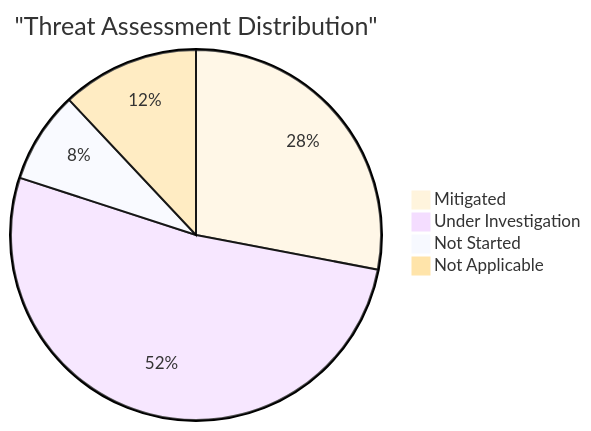
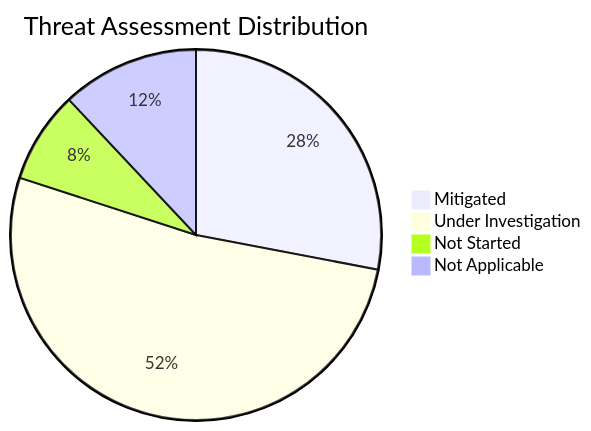
The diagram in DFD.md (gprasanthi9/Debug-Squad-Seafile), drawn with Mermaid before and after one commit. The commit also changed other lines of this file, not shown here.

````diff
--- a/DFD.md
+++ b/DFD.md
@@ -62,9 +62,9 @@
 ```mermaid
-%%{init: {'theme': 'base', 'themeVariables': { 'backgroundColor': '#ffffff' }}}%%
 pie
-    title "Threat Assessment Distribution"
+    title Threat Assessment Distribution
     "Mitigated" : 21
     "Under Investigation" : 39
     "Not Started" : 6
     "Not Applicable" : 9
+
 ```
````
